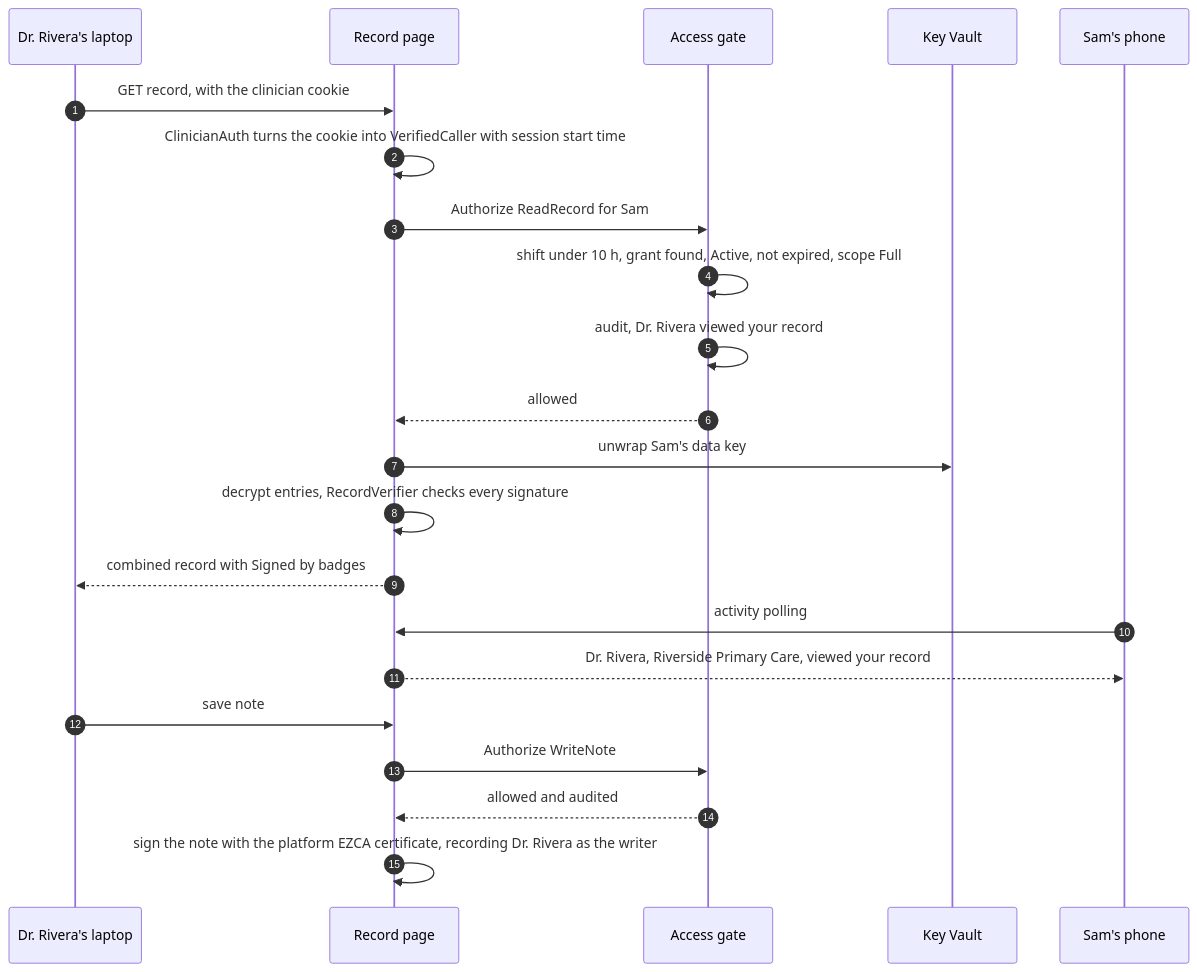
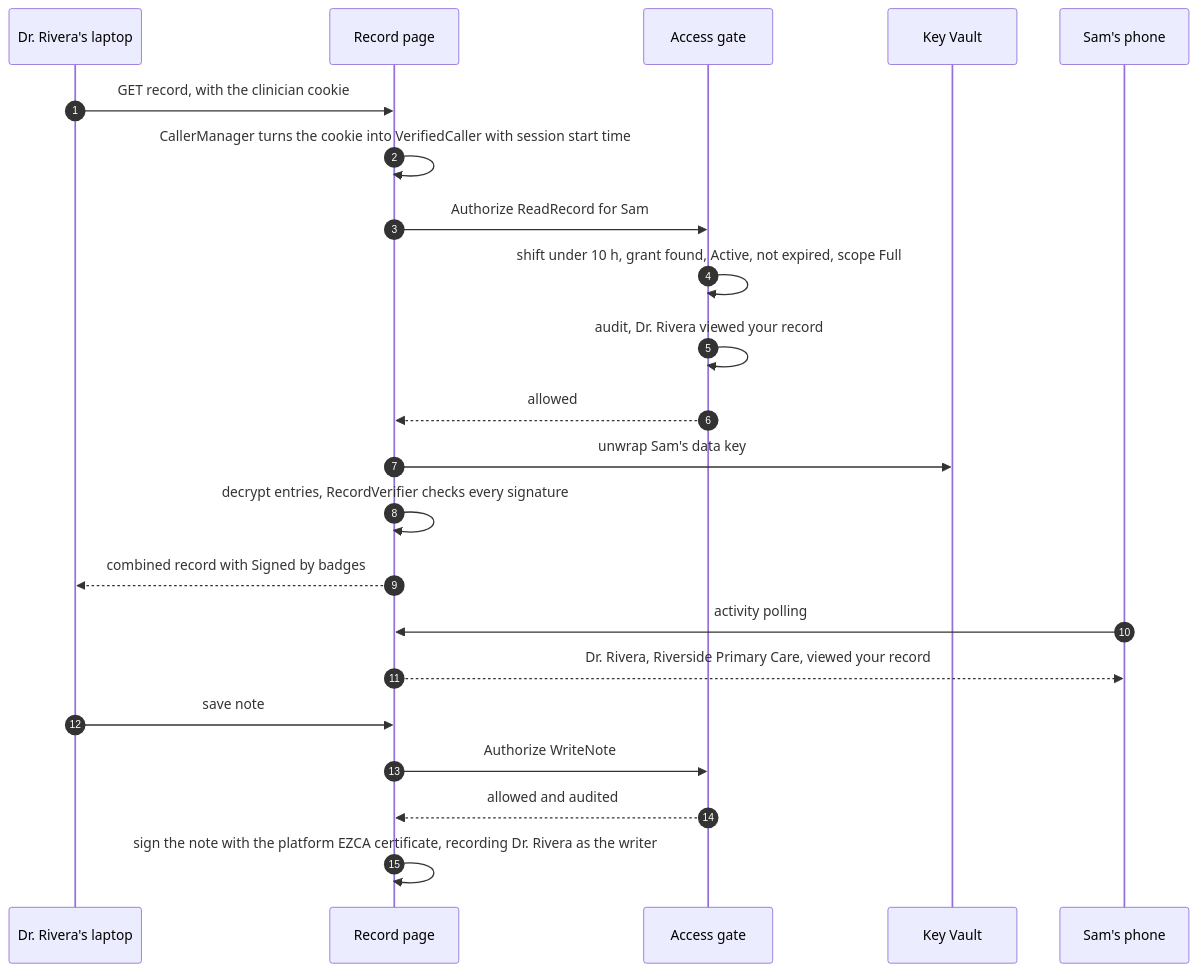
One commit to ParkerHitch/EZEHR changed the eighth of 11 diagrams in docs/auth-flows.md. Above: the diagram before and after it, drawn with Mermaid. The commit also changed other lines of this file and 87 other files, not shown here.

````diff
--- a/docs/auth-flows.md
+++ b/docs/auth-flows.md
@@ -258,24 +258,24 @@
 ```mermaid
 sequenceDiagram
   autonumber
   participant Doc as Dr. Rivera's laptop
   participant Pg as Record page
   participant G as Access gate
   participant KV as Key Vault
   participant Ph as Sam's phone
   Doc->>Pg: GET record, with the clinician cookie
-  Pg->>Pg: ClinicianAuth turns the cookie into VerifiedCaller with session start time
+  Pg->>Pg: CallerManager turns the cookie into VerifiedCaller with session start time
   Pg->>G: Authorize ReadRecord for Sam
   G->>G: shift under 10 h, grant found, Active, not expired, scope Full
   G->>G: audit, Dr. Rivera viewed your record
   G-->>Pg: allowed
   Pg->>KV: unwrap Sam's data key
   Pg->>Pg: decrypt entries, RecordVerifier checks every signature
   Pg-->>Doc: combined record with Signed by badges
   Ph->>Pg: activity polling
   Pg-->>Ph: Dr. Rivera, Riverside Primary Care, viewed your record
   Doc->>Pg: save note
   Pg->>G: Authorize WriteNote
   G-->>Pg: allowed and audited
   Pg->>Pg: sign the note with the platform EZCA certificate, recording Dr. Rivera as the writer
 ```
````
